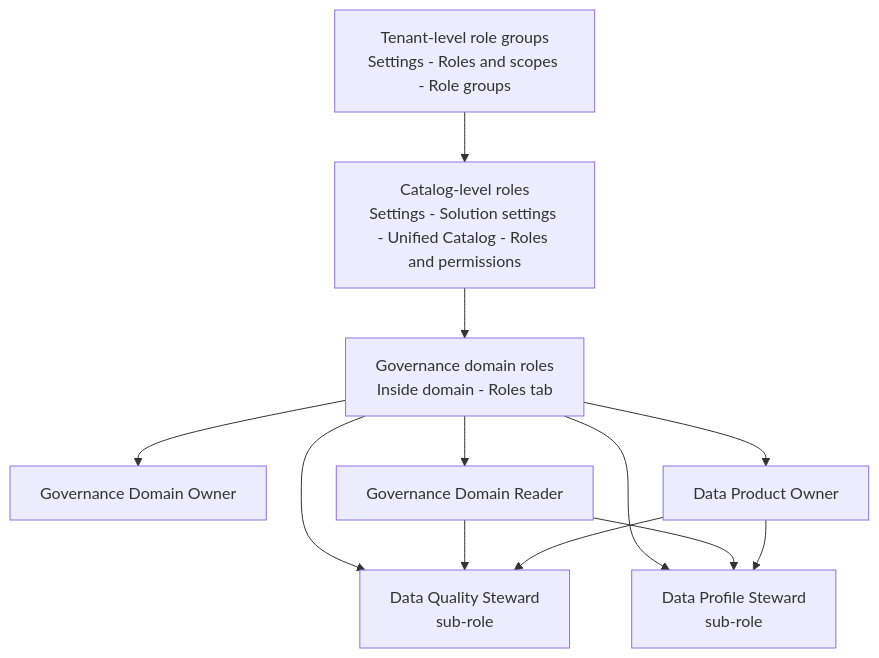
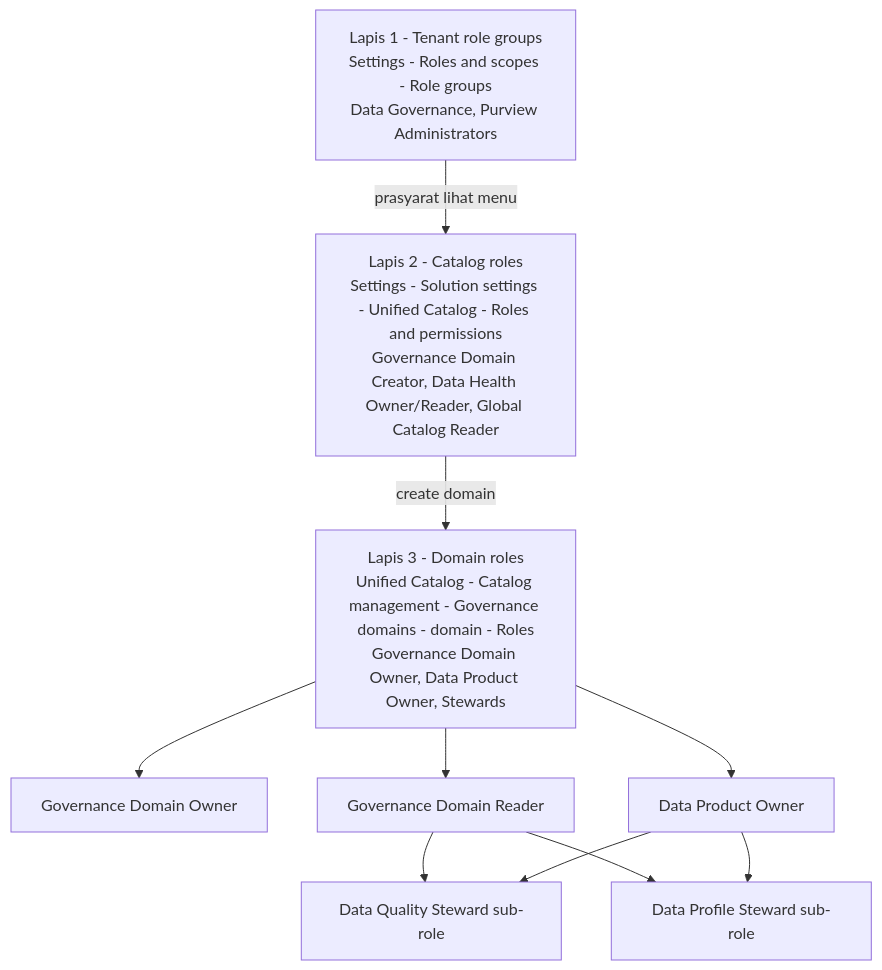
One commit to edhotp/purview-dq-tutorial changed the diagram in tutorial-series/01-setup-roles-permissions.md. Above: the diagram before and after it, drawn with Mermaid. The commit also changed other lines of this file, not shown here.

Commit message:
Rewrite Modul 01: clarify Data Governance role group prerequisite + correct UI flow (Catalog management > Governance domains)

````diff
--- a/tutorial-series/01-setup-roles-permissions.md
+++ b/tutorial-series/01-setup-roles-permissions.md
@@ -27,14 +27,15 @@
 ```mermaid
 flowchart TD
-    T[Tenant-level role groups<br/>Settings - Roles and scopes - Role groups] --> CL[Catalog-level roles<br/>Settings - Solution settings - Unified Catalog - Roles and permissions]
-    CL --> GDR[Governance domain roles<br/>Inside domain - Roles tab]
-    GDR --> R1[Governance Domain Owner]
-    GDR --> R2[Data Product Owner]
-    GDR --> R3[Governance Domain Reader]
-    GDR --> R4[Data Quality Steward<br/>sub-role]
-    GDR --> R5[Data Profile Steward<br/>sub-role]
-    R3 --> R4
-    R3 --> R5
-    R2 --> R4
-    R2 --> R5
+    L1[Lapis 1 - Tenant role groups<br/>Settings - Roles and scopes - Role groups<br/>Data Governance, Purview Administrators]
+    L2[Lapis 2 - Catalog roles<br/>Settings - Solution settings - Unified Catalog - Roles and permissions<br/>Governance Domain Creator, Data Health Owner/Reader, Global Catalog Reader]
+    L3[Lapis 3 - Domain roles<br/>Unified Catalog - Catalog management - Governance domains - domain - Roles<br/>Governance Domain Owner, Data Product Owner, Stewards]
+    L1 -- prasyarat lihat menu --> L2
+    L2 -- create domain --> L3
+    L3 --> R1[Governance Domain Owner]
+    L3 --> R2[Data Product Owner]
+    L3 --> R3[Governance Domain Reader]
+    R3 --> S1[Data Quality Steward sub-role]
+    R3 --> S2[Data Profile Steward sub-role]
+    R2 --> S1
+    R2 --> S2
 ```
````
